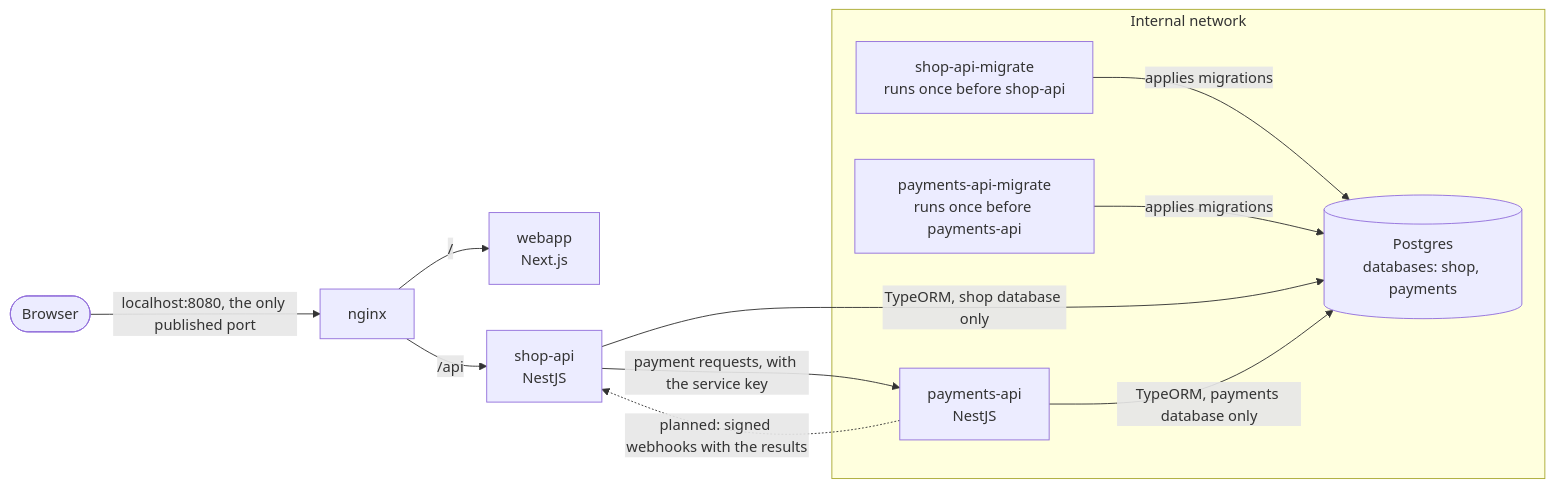
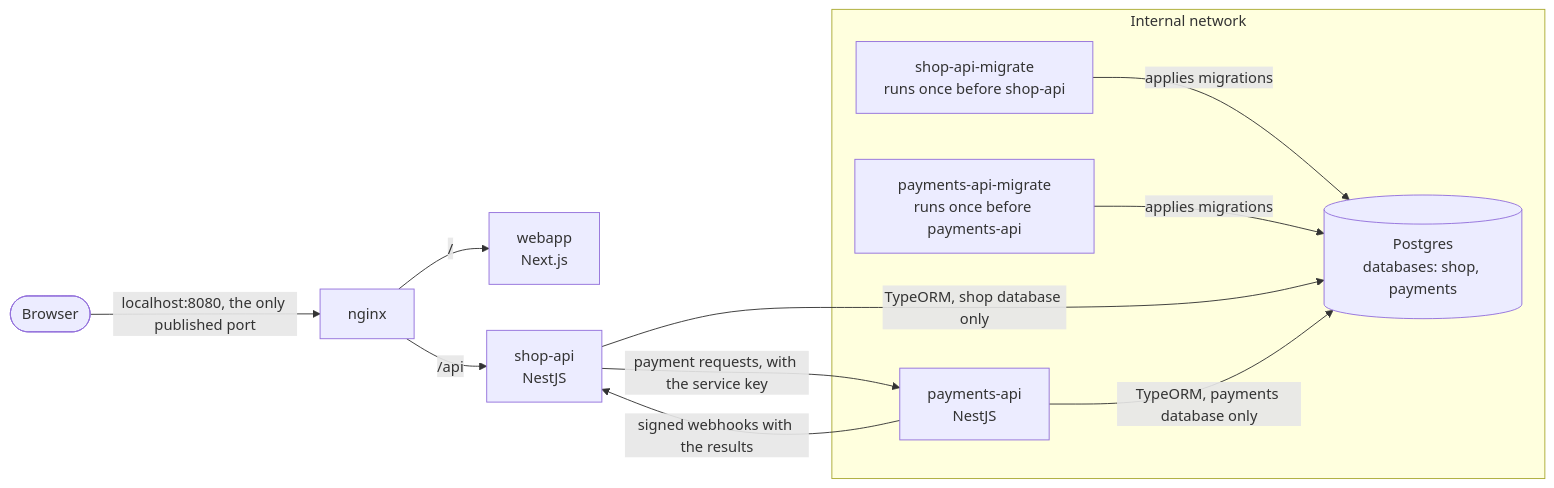
One commit to chaarlie/shopping-app changed the diagram in docs/architecture.md. Above: the diagram before and after it, drawn with Mermaid. The commit also changed other lines of this file and 24 other files, not shown here.

First line of the commit message:
feat(shop-api): apply signed payment webhooks to orders

````diff
--- a/docs/architecture.md
+++ b/docs/architecture.md
@@ -5,21 +5,21 @@
 ```mermaid
 flowchart LR
     browser([Browser]) -->|"localhost:8080, the only published port"| nginx
 
     nginx -->|"/"| webapp["webapp<br/>Next.js"]
     nginx -->|"/api"| shop["shop-api<br/>NestJS"]
 
     subgraph internal ["Internal network"]
         migrate["shop-api-migrate<br/>runs once before shop-api"]
         paymentsMigrate["payments-api-migrate<br/>runs once before payments-api"]
         payments["payments-api<br/>NestJS"]
         postgres[("Postgres<br/>databases: shop, payments")]
     end
 
     migrate -->|"applies migrations"| postgres
     paymentsMigrate -->|"applies migrations"| postgres
     shop -->|"TypeORM, shop database only"| postgres
     payments -->|"TypeORM, payments database only"| postgres
     shop -->|"payment requests, with the service key"| payments
-    payments -.->|"planned: signed webhooks with the results"| shop
+    payments -->|"signed webhooks with the results"| shop
 ```
````
